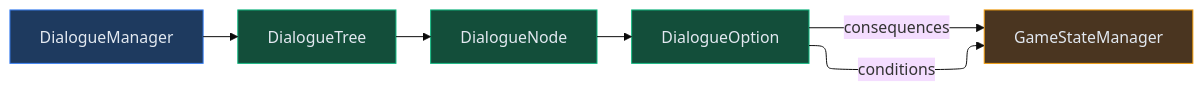
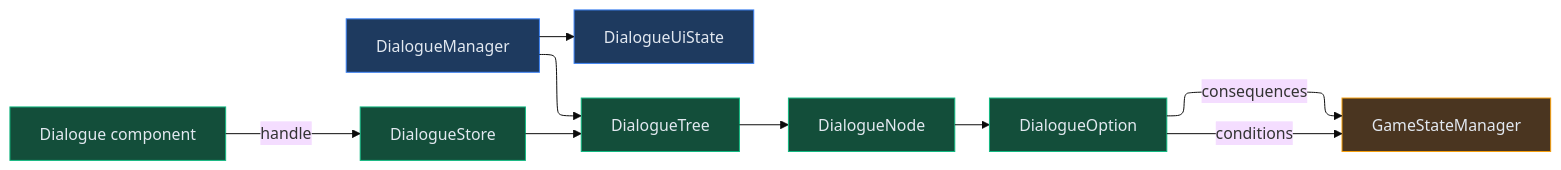
One commit to baaz777/rift changed the sixth of 7 diagrams in docs/ARCHITECTURE.md. Above: the diagram before and after it, drawn with Mermaid (base theme). The commit also changed other lines of this file, not shown here.

Commit message:
📝 Rewrite ARCHITECTURE for the ECS core

```diff
--- a/docs/ARCHITECTURE.md
+++ b/docs/ARCHITECTURE.md
@@ -384,22 +510,28 @@
 <pre class="mermaid">
 ---
 config:
   layout: elk
 ---
 graph LR
     classDef manager fill:#1e3a5f,stroke:#3b82f6,color:#e2e8f0
     classDef data fill:#134e3a,stroke:#10b981,color:#e2e8f0
     classDef state fill:#4a3520,stroke:#f59e0b,color:#e2e8f0
 
     DM["DialogueManager"]:::manager
+    UI["DialogueUiState"]:::manager
+    Store["DialogueStore"]:::data
+    Comp["Dialogue component"]:::data
     Tree["DialogueTree"]:::data
     Node["DialogueNode"]:::data
     Option["DialogueOption"]:::data
     GSM["GameStateManager"]:::state
 
+    Comp --> |handle| Store
+    Store --> Tree
     DM --> Tree
     Tree --> Node
     Node --> Option
     Option --> |conditions| GSM
     Option --> |consequences| GSM
+    DM --> UI
 </pre>
```
